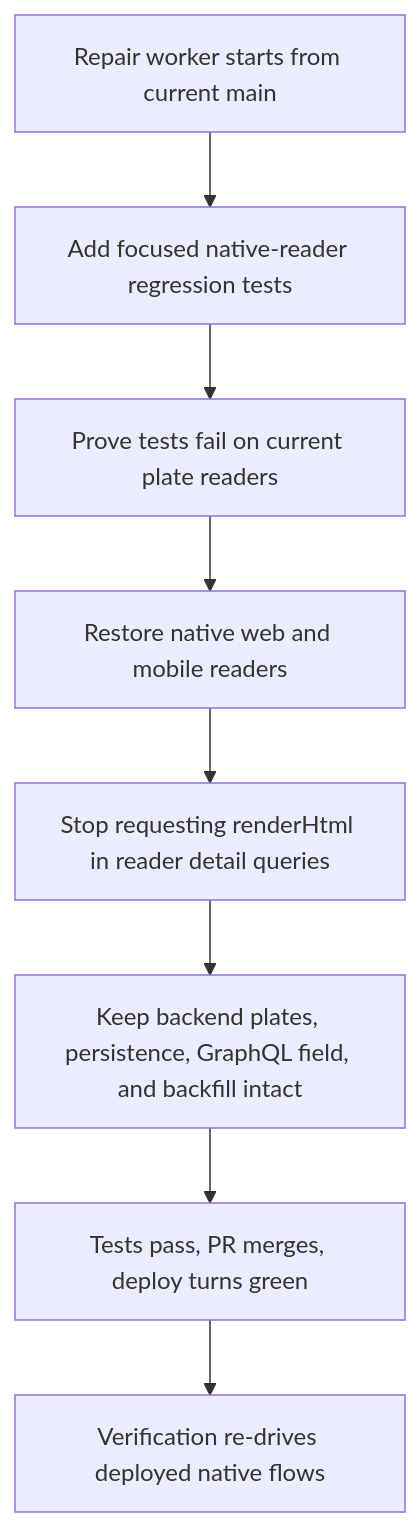
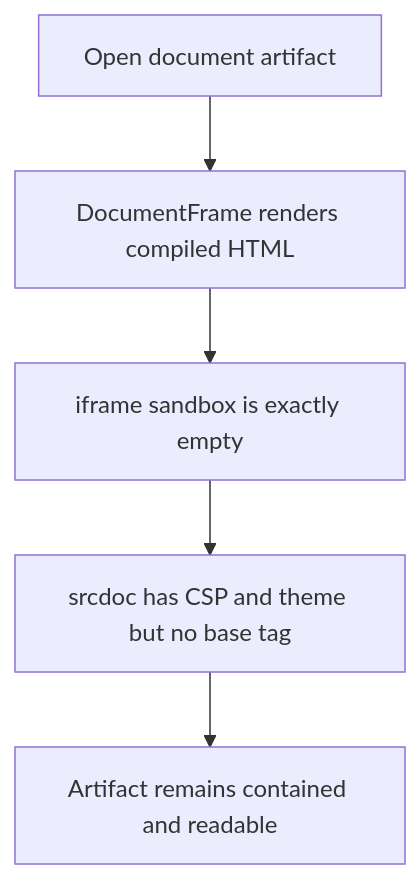
One commit to thinkwork-ai/thinkwork changed the third of 5 diagrams in docs/dogfood-reports/2026-07-13-THINK-270-dogfood.md. Above: the diagram before and after it, drawn with Mermaid. The commit also changed other lines of this file and 5 other files, not shown here.

````diff
--- a/docs/dogfood-reports/2026-07-13-THINK-270-dogfood.md
+++ b/docs/dogfood-reports/2026-07-13-THINK-270-dogfood.md
@@ -33,10 +43,7 @@
 ```mermaid
 flowchart TD
-    A[Repair worker starts from current main] --> B[Add focused native-reader regression tests]
-    B --> C[Prove tests fail on current plate readers]
-    C --> D[Restore native web and mobile readers]
-    D --> E[Stop requesting renderHtml in reader detail queries]
-    E --> F[Keep backend plates, persistence, GraphQL field, and backfill intact]
-    F --> G[Tests pass, PR merges, deploy turns green]
-    G --> H[Verification re-drives deployed native flows]
+    A[Open document artifact] --> B[DocumentFrame renders compiled HTML]
+    B --> C[iframe sandbox is exactly empty]
+    C --> D[srcdoc has CSP and theme but no base tag]
+    D --> E[Artifact remains contained and readable]
 ```
````
